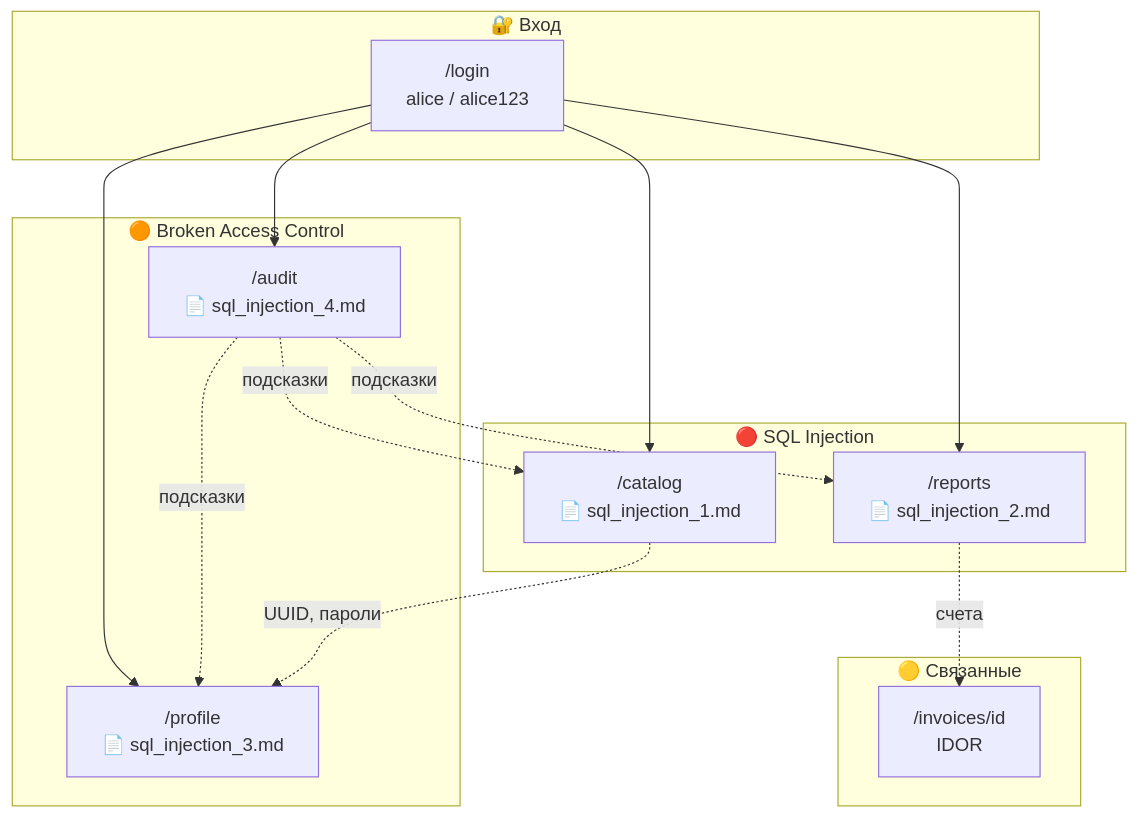
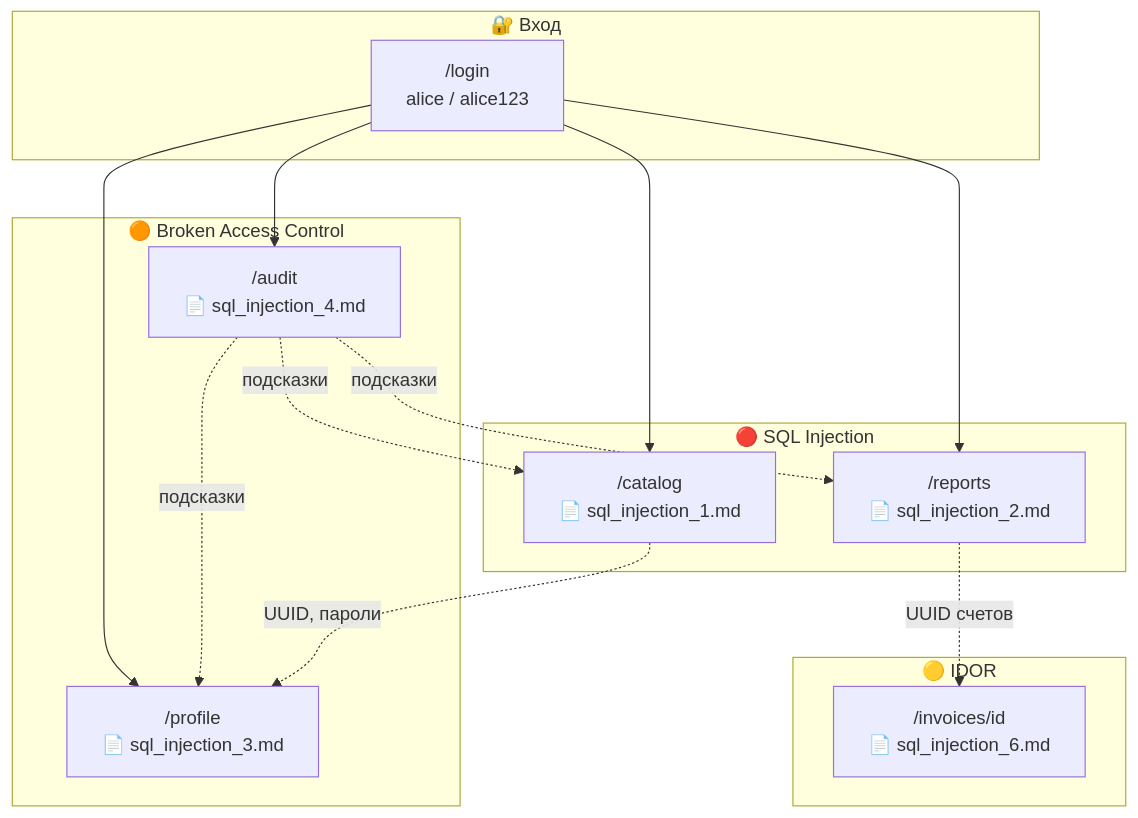
The diagram in README.md (EgorVoronin06/Security_BD_ekz), drawn with Mermaid before and after one commit. The commit also changed other lines of this file and 2 other files, not shown here.

First line of the commit message:
Add practice algorithm, invoice IDOR report, and expand README.

````diff
--- a/README.md
+++ b/README.md
@@ -146,25 +183,25 @@
 ```mermaid
 flowchart TB
     subgraph auth["🔐 Вход"]
         LOGIN["/login<br/>alice / alice123"]
     end
 
     subgraph sqli["🔴 SQL Injection"]
         C1["/catalog<br/>📄 sql_injection_1.md"]
         C2["/reports<br/>📄 sql_injection_2.md"]
     end
 
     subgraph bac["🟠 Broken Access Control"]
         C3["/profile<br/>📄 sql_injection_3.md"]
         C4["/audit<br/>📄 sql_injection_4.md"]
     end
 
-    subgraph extra["🟡 Связанные"]
-        INV["/invoices/id<br/>IDOR"]
+    subgraph extra["🟡 IDOR"]
+        C6["/invoices/id<br/>📄 sql_injection_6.md"]
     end
 
     LOGIN --> C1 & C2 & C3 & C4
     C4 -.->|подсказки| C1 & C2 & C3
     C1 -.->|UUID, пароли| C3
-    C2 -.->|счета| INV
+    C2 -.->|UUID счетов| C6
 ```
````
